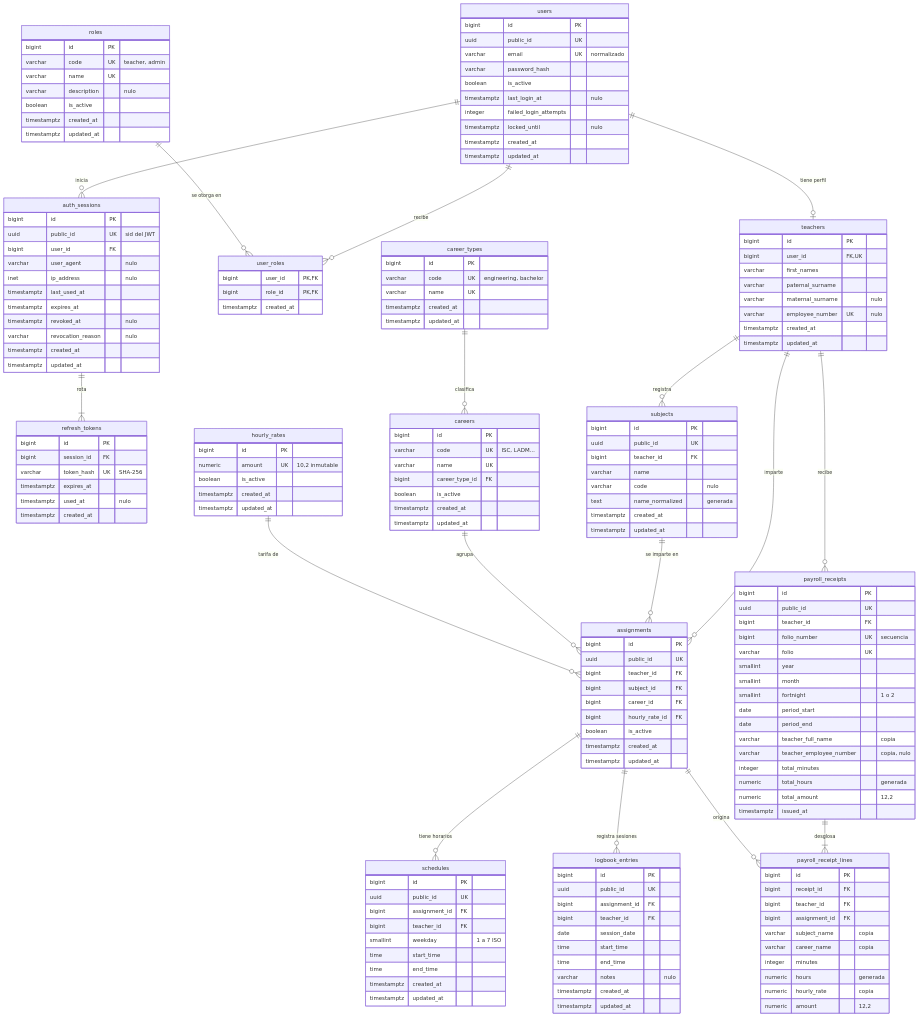
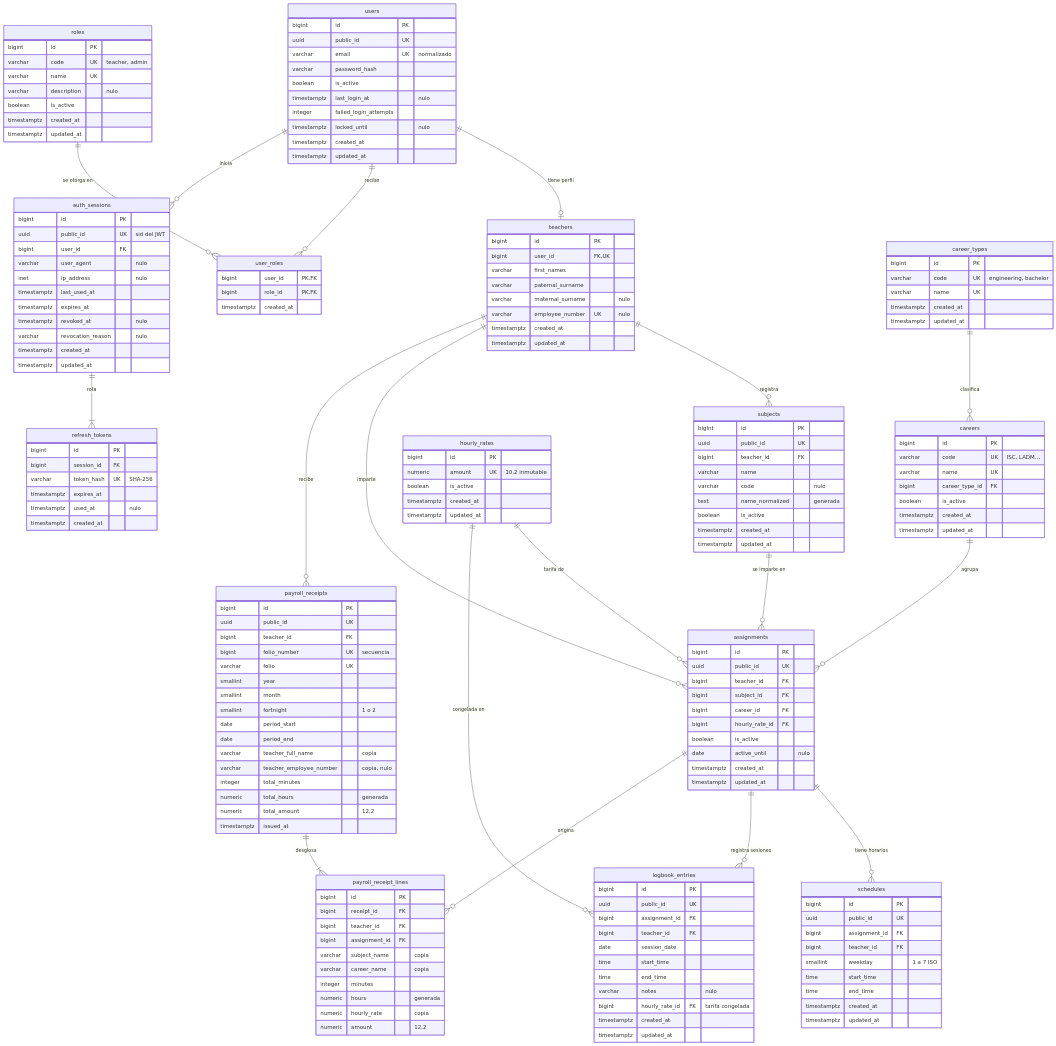
One commit to Joryox/nomina-docente changed the diagram in docs/base-de-datos.md. Above: the diagram before and after it, drawn with Mermaid. The commit also changed other lines of this file and 8 other files, not shown here.

```diff
--- a/docs/base-de-datos.md
+++ b/docs/base-de-datos.md
@@ -32,6 +32,7 @@
     subjects ||--o{ assignments : "se imparte en"
     careers ||--o{ assignments : "agrupa"
     hourly_rates ||--o{ assignments : "tarifa de"
+    hourly_rates ||--o{ logbook_entries : "congelada en"
 
     assignments ||--o{ schedules : "tiene horarios"
     assignments ||--o{ logbook_entries : "registra sesiones"
@@ -127,6 +128,7 @@
         varchar name
         varchar code "nulo"
         text name_normalized "generada"
+        boolean is_active
         timestamptz created_at
         timestamptz updated_at
     }
@@ -138,6 +140,7 @@
         bigint career_id FK
         bigint hourly_rate_id FK
         boolean is_active
+        date active_until "nulo"
         timestamptz created_at
         timestamptz updated_at
     }
@@ -161,6 +164,7 @@
         time start_time
         time end_time
         varchar notes "nulo"
+        bigint hourly_rate_id FK "tarifa congelada"
         timestamptz created_at
         timestamptz updated_at
     }
```
